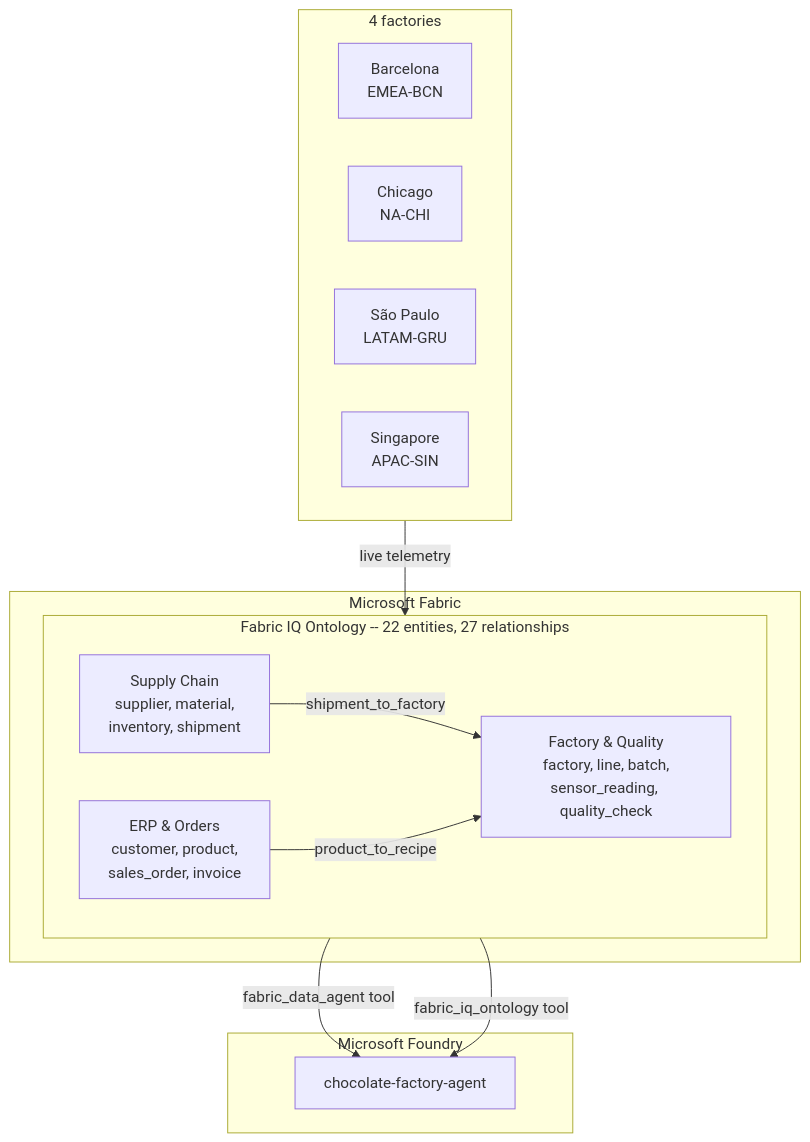
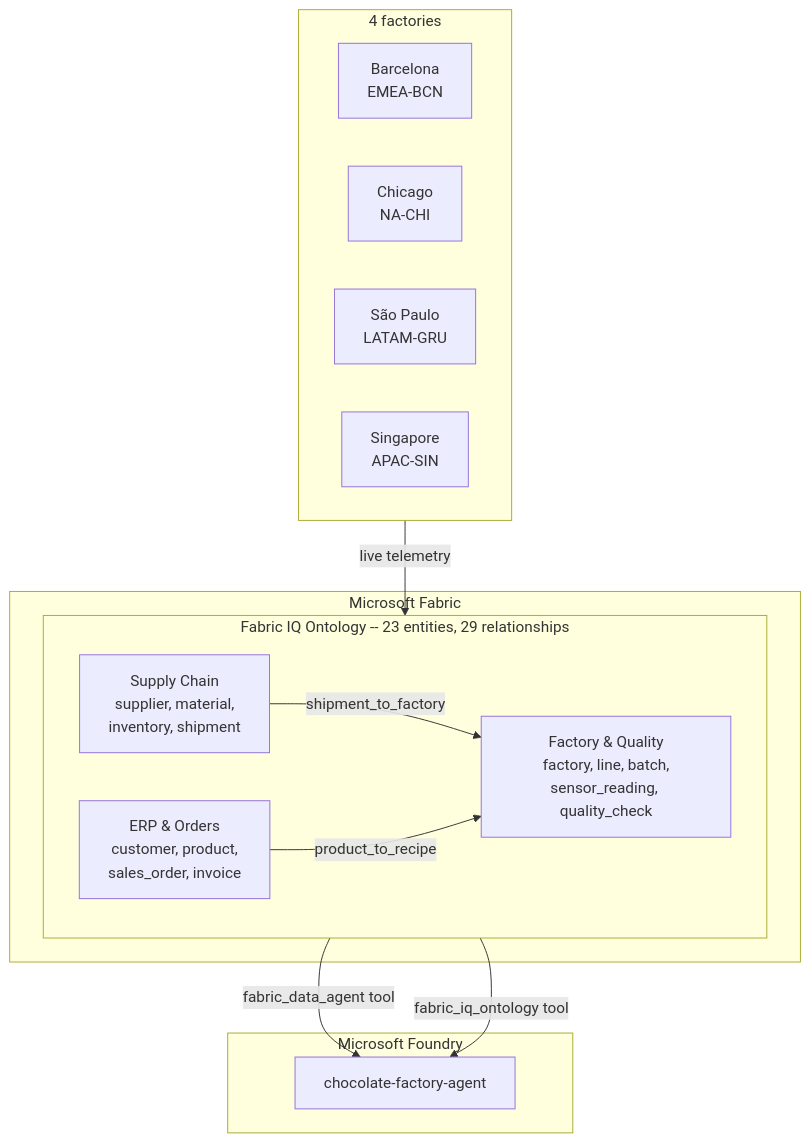
One commit to chriscrcodes/fabcon26-chocolate-factory changed the second of 2 diagrams in README.md. Above: the diagram before and after it, drawn with Mermaid. The commit also changed other lines of this file and 25 other files, not shown here.

````diff
--- a/README.md
+++ b/README.md
@@ -73,29 +74,29 @@
 ```mermaid
 flowchart TB
     subgraph FACTORIES["4 factories"]
         direction LR
         BCN["Barcelona\nEMEA-BCN"]
         CHI["Chicago\nNA-CHI"]
         GRU["São Paulo\nLATAM-GRU"]
         SIN["Singapore\nAPAC-SIN"]
     end
 
     subgraph FABRIC["Microsoft Fabric"]
-        subgraph ONTOLOGY["Fabric IQ Ontology -- 22 entities, 27 relationships"]
+        subgraph ONTOLOGY["Fabric IQ Ontology -- 23 entities, 29 relationships"]
             direction LR
             FQ["Factory & Quality\nfactory, line, batch,\nsensor_reading, quality_check"]
             SC["Supply Chain\nsupplier, material,\ninventory, shipment"]
             ERP["ERP & Orders\ncustomer, product,\nsales_order, invoice"]
             SC -->|shipment_to_factory| FQ
             ERP -->|product_to_recipe| FQ
         end
     end
 
     subgraph FOUNDRY["Microsoft Foundry"]
         AGENT["chocolate-factory-agent"]
     end
 
     FACTORIES -->|live telemetry| FQ
     ONTOLOGY -->|fabric_iq_ontology tool| AGENT
     FQ -->|fabric_data_agent tool| AGENT
 ```
````
